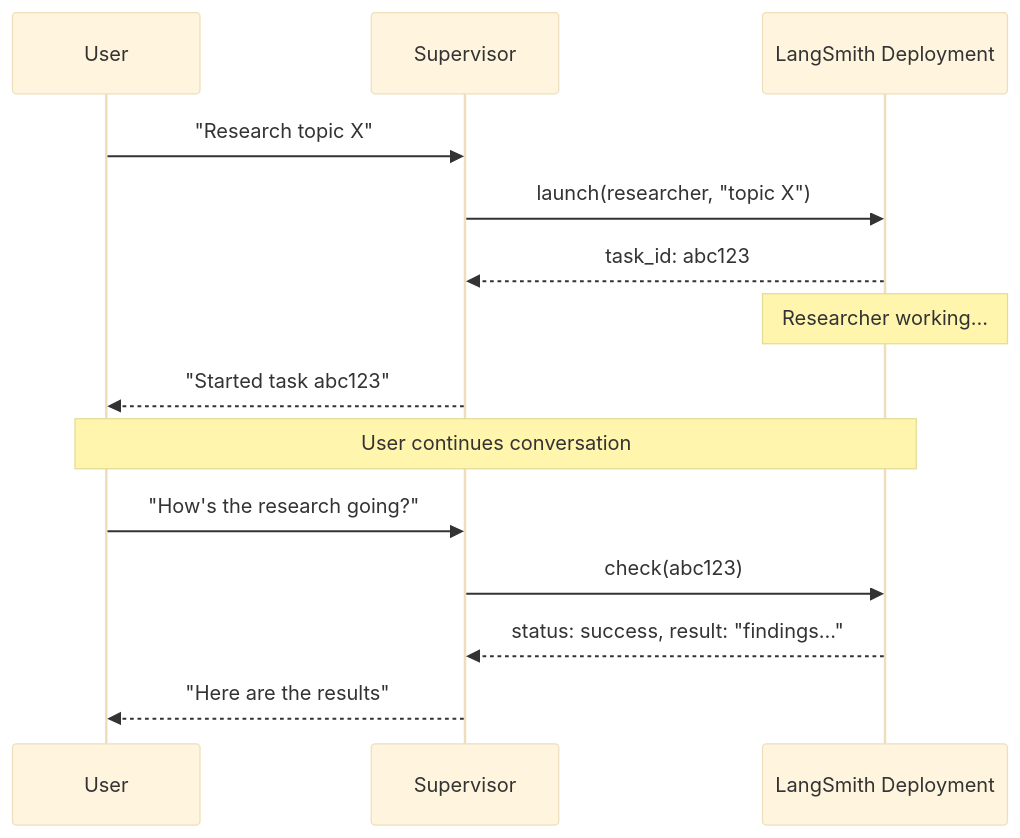
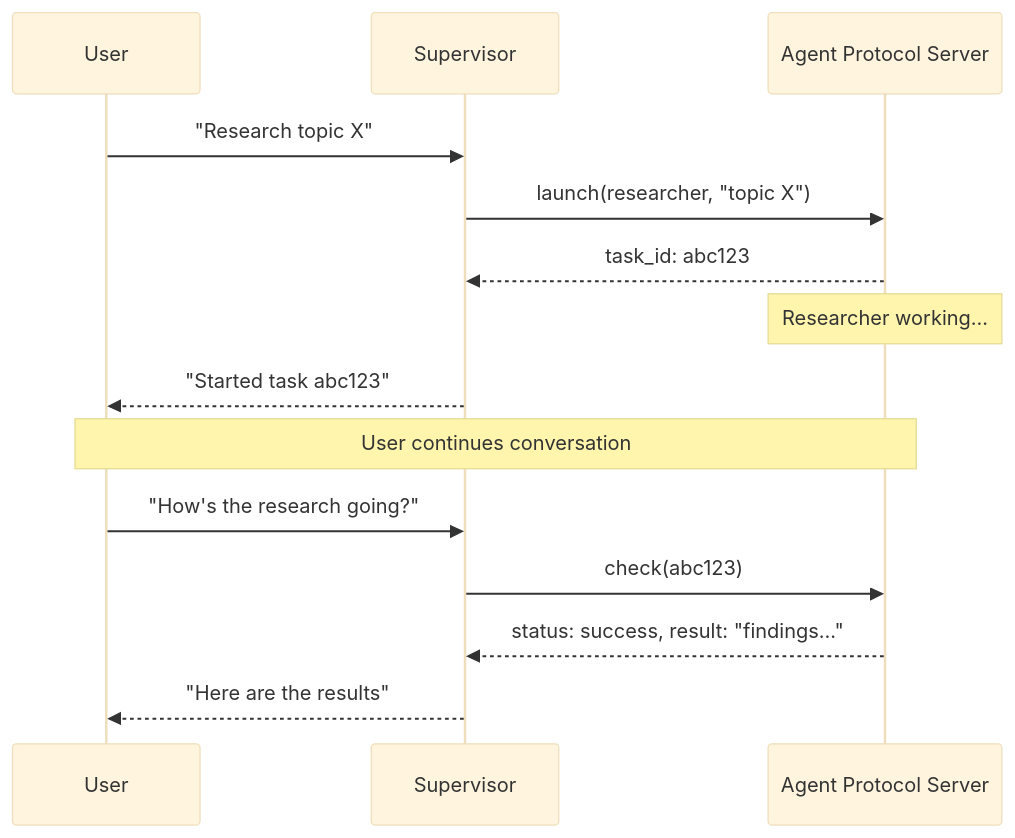
Before and after one commit to ipassynk/docs: the second of 2 diagrams in build/oss/javascript/deepagents/async-subagents.mdx, drawn with Mermaid (base theme). The commit also changed other lines of this file and 319 other files, not shown here.

````diff
--- a/build/oss/javascript/deepagents/async-subagents.mdx
+++ b/build/oss/javascript/deepagents/async-subagents.mdx
@@ -113,21 +112,21 @@
 ```mermaid
 sequenceDiagram
     participant User
     participant Supervisor
-    participant Platform as LangSmith Deployment
+    participant Platform as Agent Protocol Server
 
     User->>Supervisor: "Research topic X"
     Supervisor->>Platform: launch(researcher, "topic X")
     Platform-->>Supervisor: task_id: abc123
 
     Note over Platform: Researcher working...
 
     Supervisor-->>User: "Started task abc123"
 
     Note over User,Platform: User continues conversation
 
     User->>Supervisor: "How's the research going?"
     Supervisor->>Platform: check(abc123)
     Platform-->>Supervisor: status: success, result: "findings..."
     Supervisor-->>User: "Here are the results"
 ```
````
